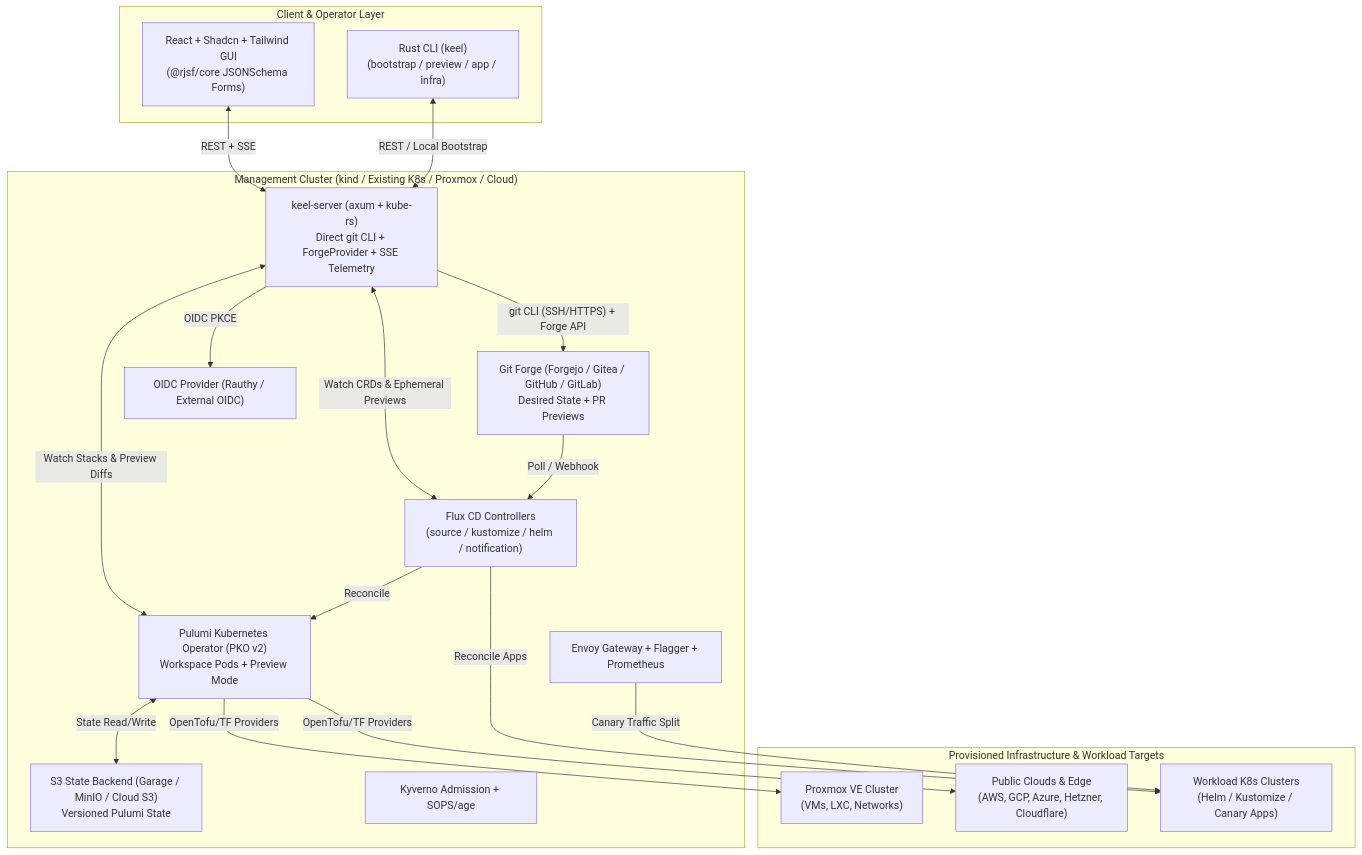
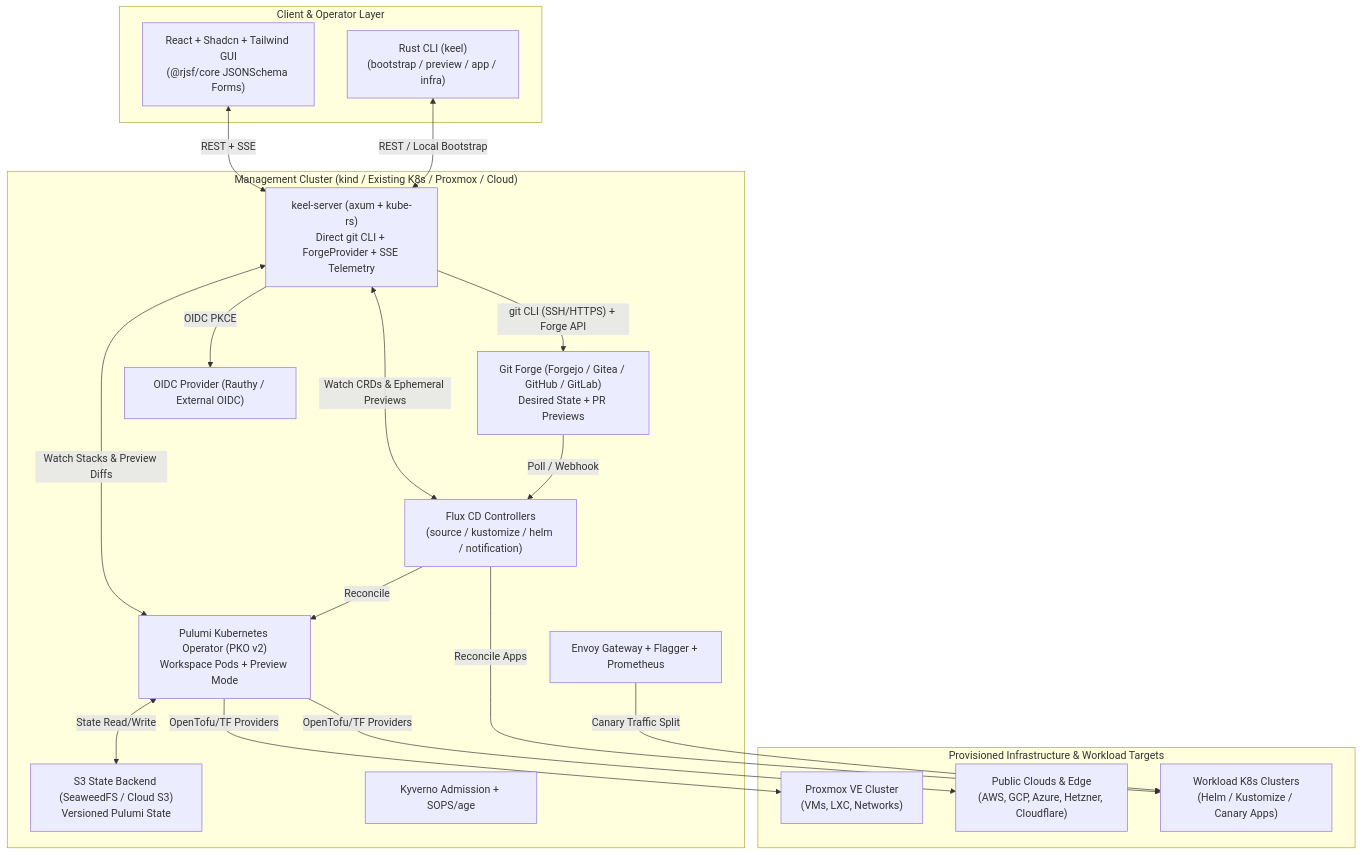
One commit to rdylanwalker/keel changed the first of 5 diagrams in SDD.md. Above: the diagram before and after it, drawn with Mermaid. The commit also changed other lines of this file and 19 other files, not shown here.

````diff
--- a/SDD.md
+++ b/SDD.md
@@ -25,38 +25,38 @@
 ```mermaid
 flowchart TB
     subgraph ClientLayer["Client & Operator Layer"]
         GUI["React + Shadcn + Tailwind GUI<br/>(@rjsf/core JSONSchema Forms)"]
         CLI["Rust CLI (keel)<br/>(bootstrap / preview / app / infra)"]
     end
 
     subgraph ControlPlane["Management Cluster (kind / Existing K8s / Proxmox / Cloud)"]
         API["keel-server (axum + kube-rs)<br/>Direct git CLI + ForgeProvider + SSE Telemetry"]
-        S3["S3 State Backend (Garage / MinIO / Cloud S3)<br/>Versioned Pulumi State"]
+        S3["S3 State Backend (SeaweedFS / Cloud S3)<br/>Versioned Pulumi State"]
         FORGE["Git Forge (Forgejo / Gitea / GitHub / GitLab)<br/>Desired State + PR Previews"]
         OIDC["OIDC Provider (Rauthy / External OIDC)"]
         FLUX["Flux CD Controllers<br/>(source / kustomize / helm / notification)"]
         PKO["Pulumi Kubernetes Operator (PKO v2)<br/>Workspace Pods + Preview Mode"]
         GUARD["Kyverno Admission + SOPS/age"]
         ENVOY["Envoy Gateway + Flagger + Prometheus"]
     end
 
     subgraph Targets["Provisioned Infrastructure & Workload Targets"]
         PVE["Proxmox VE Cluster<br/>(VMs, LXC, Networks)"]
         CLOUD["Public Clouds & Edge<br/>(AWS, GCP, Azure, Hetzner, Cloudflare)"]
         W_K8S["Workload K8s Clusters<br/>(Helm / Kustomize / Canary Apps)"]
     end
 
     GUI <-->|"REST + SSE"| API
     CLI <-->|"REST / Local Bootstrap"| API
     API -->|"OIDC PKCE"| OIDC
     API -->|"git CLI (SSH/HTTPS) + Forge API"| FORGE
     API <-->|"Watch CRDs & Ephemeral Previews"| FLUX
     API <-->|"Watch Stacks & Preview Diffs"| PKO
     FORGE -->|"Poll / Webhook"| FLUX
     FLUX -->|"Reconcile"| PKO
     FLUX -->|"Reconcile Apps"| W_K8S
     PKO <-->|"State Read/Write"| S3
     PKO -->|"OpenTofu/TF Providers"| PVE
     PKO -->|"OpenTofu/TF Providers"| CLOUD
     ENVOY -->|"Canary Traffic Split"| W_K8S
 ```
````
